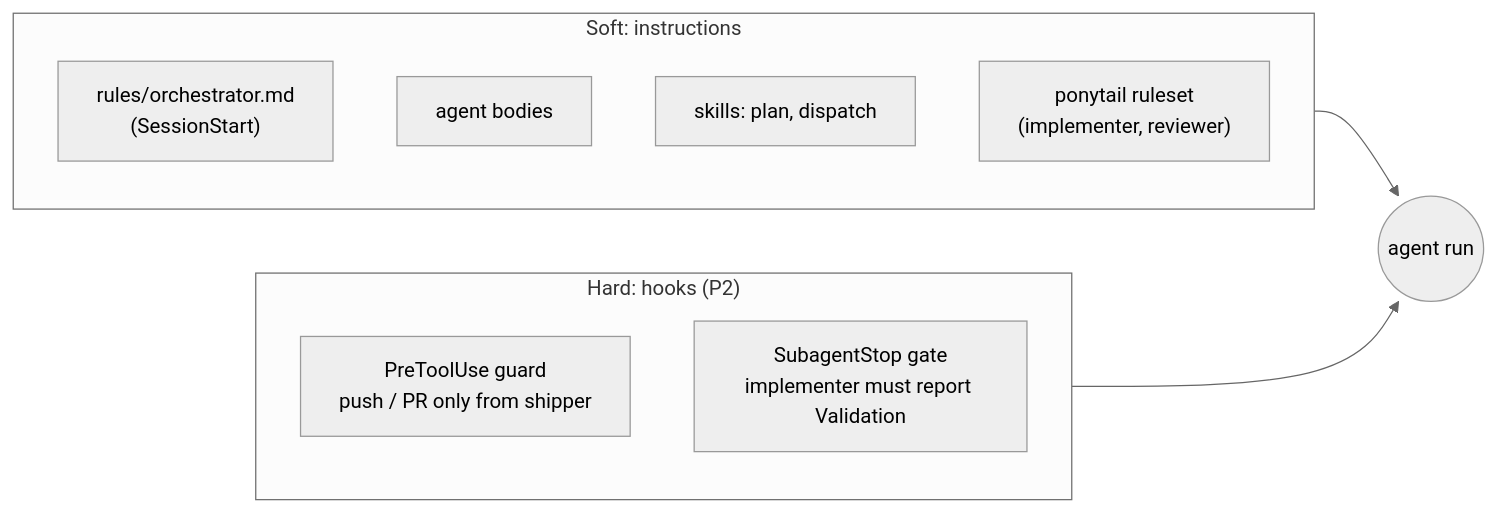
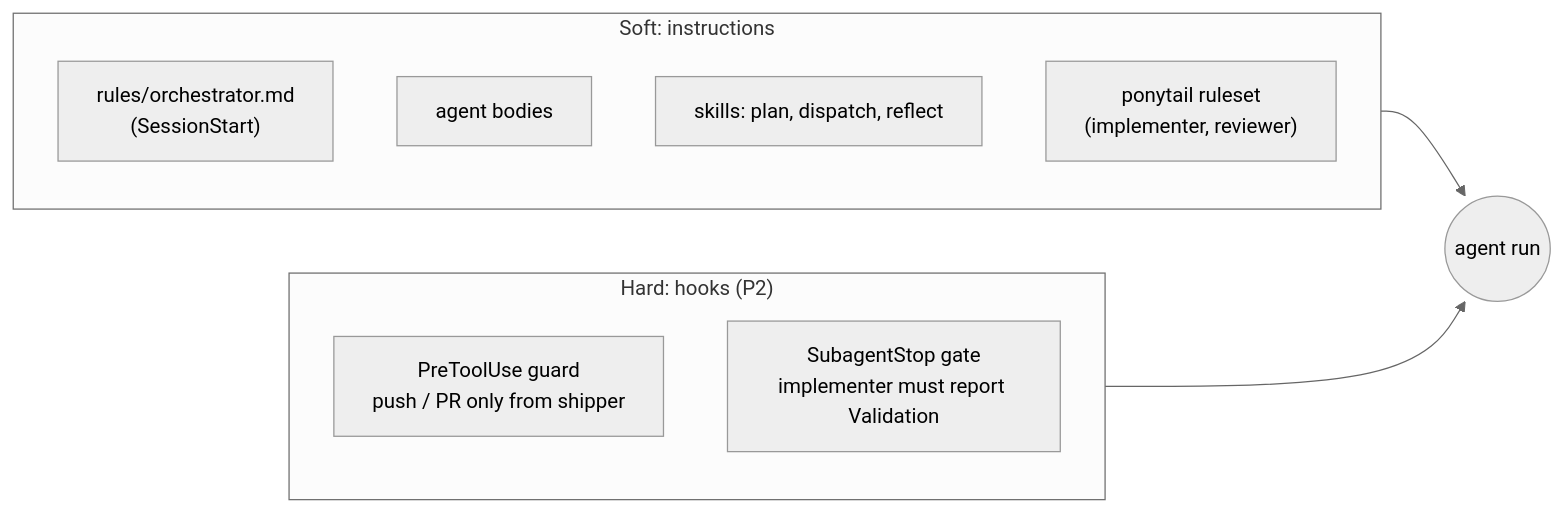
Before and after one commit to crafts69guy/orchestra: the tenth of 10 diagrams in docs/ARCHITECTURE.md, drawn with Mermaid (neutral theme). The commit also changed other lines of this file and 30 other files, not shown here.

````diff
--- a/docs/ARCHITECTURE.md
+++ b/docs/ARCHITECTURE.md
@@ -376,15 +395,15 @@
 ```mermaid
 flowchart LR
   subgraph soft["Soft: instructions"]
     r1["rules/orchestrator.md<br/>(SessionStart)"]
     r2["agent bodies"]
-    r3["skills: plan, dispatch"]
+    r3["skills: plan, dispatch, reflect"]
     r4["ponytail ruleset<br/>(implementer, reviewer)"]
   end
   subgraph hard["Hard: hooks (P2)"]
     h1["PreToolUse guard<br/>push / PR only from shipper"]
     h2["SubagentStop gate<br/>implementer must report Validation"]
   end
   soft --> agentRun((agent run))
   hard --> agentRun
 ```
````
